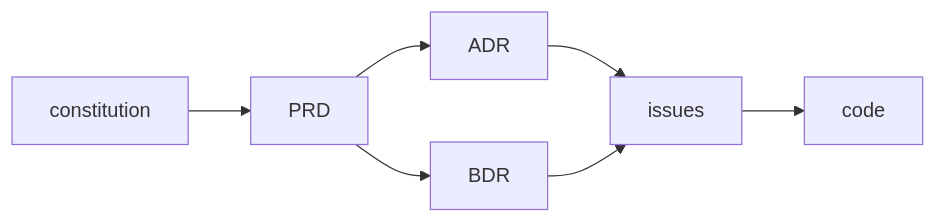
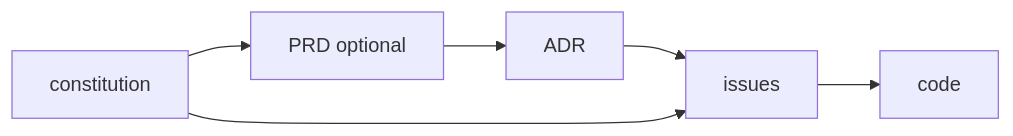
One commit to birhantprkc/living-docs-skill changed the diagram in skills/living-docs/rules/doc-trail.md. Above: the diagram before and after it, drawn with Mermaid. The commit also changed other lines of this file and 31 other files, not shown here.

````diff
--- a/skills/living-docs/rules/doc-trail.md
+++ b/skills/living-docs/rules/doc-trail.md
@@ -7,9 +7,8 @@
 ```mermaid
 flowchart LR
-  C[constitution] --> P[PRD]
+  C[constitution] --> P[PRD optional]
   P --> A[ADR]
-  P --> B[BDR]
   A --> I[issues]
-  B --> I
+  C --> I
   I --> K[code]
 ```
````
